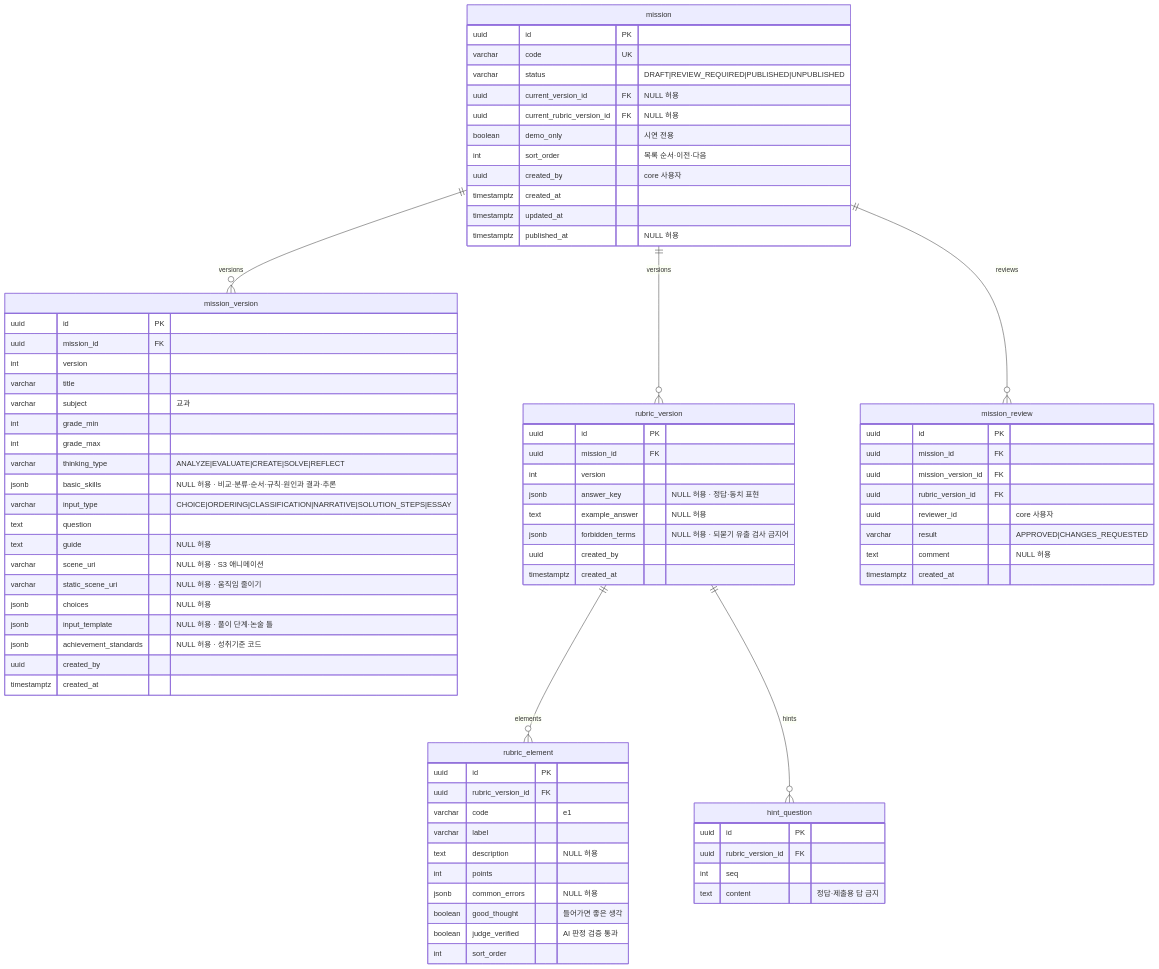
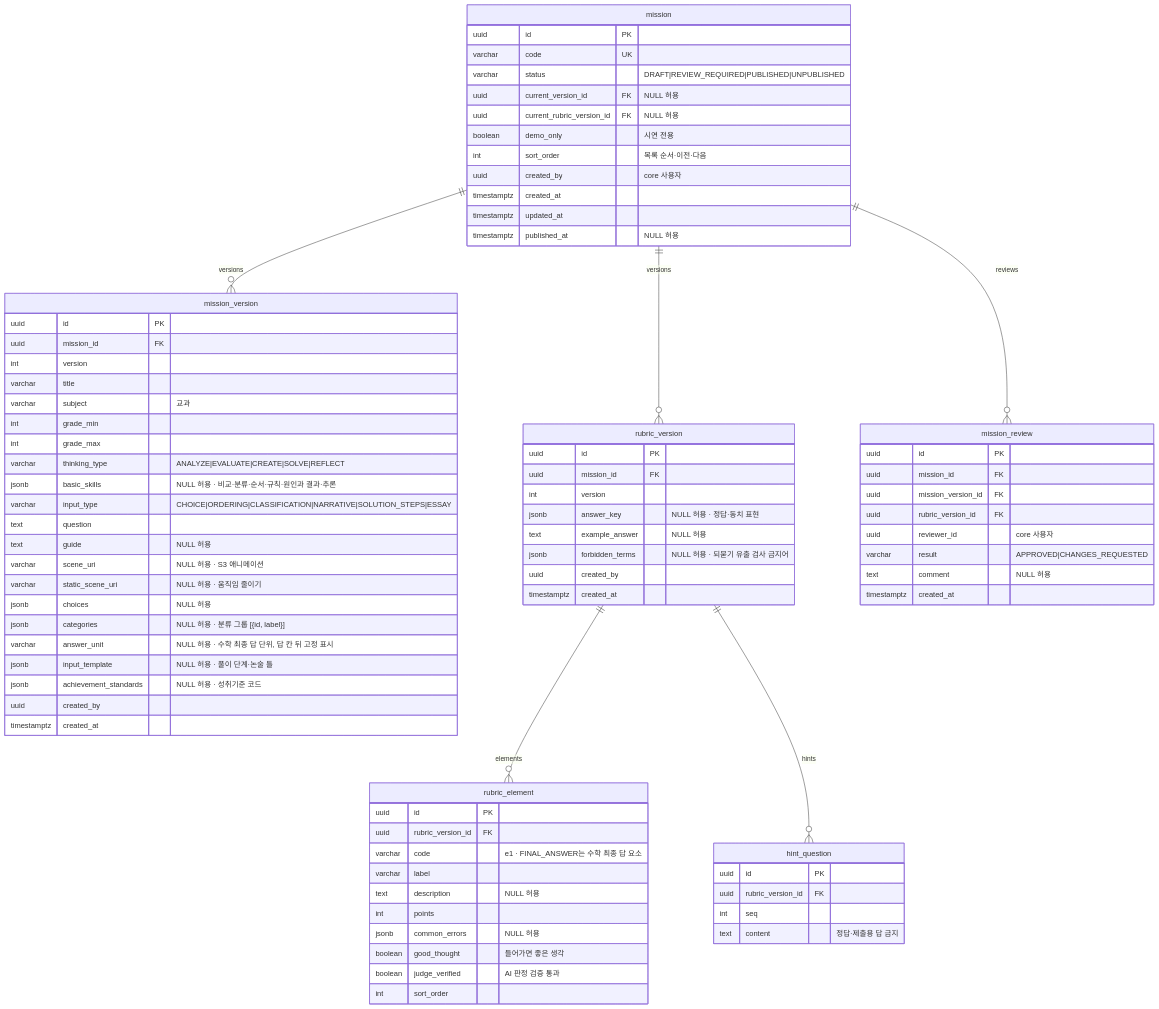
One commit to SKNETWORKS-FAMILY-AICAMP/SKN34-FINAL-3TEAM changed the eighth of 11 diagrams in docs/design/erd.md. Above: the diagram before and after it, drawn with Mermaid. The commit also changed other lines of this file and 4 other files, not shown here.

```diff
--- a/docs/design/erd.md
+++ b/docs/design/erd.md
@@ -667,6 +667,8 @@
     varchar scene_uri "NULL 허용 · S3 애니메이션"
     varchar static_scene_uri "NULL 허용 · 움직임 줄이기"
     jsonb choices "NULL 허용"
+    jsonb categories "NULL 허용 · 분류 그룹 [{id, label}]"
+    varchar answer_unit "NULL 허용 · 수학 최종 답 단위, 답 칸 뒤 고정 표시"
     jsonb input_template "NULL 허용 · 풀이 단계·논술 틀"
     jsonb achievement_standards "NULL 허용 · 성취기준 코드"
     uuid created_by
@@ -685,7 +687,7 @@
   rubric_element {
     uuid id PK
     uuid rubric_version_id FK
-    varchar code "e1"
+    varchar code "e1 · FINAL_ANSWER는 수학 최종 답 요소"
     varchar label
     text description "NULL 허용"
     int points
```
